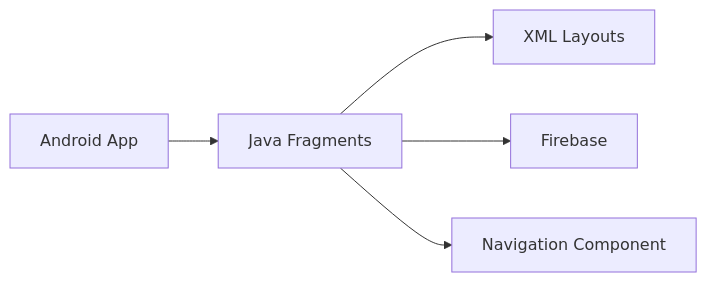
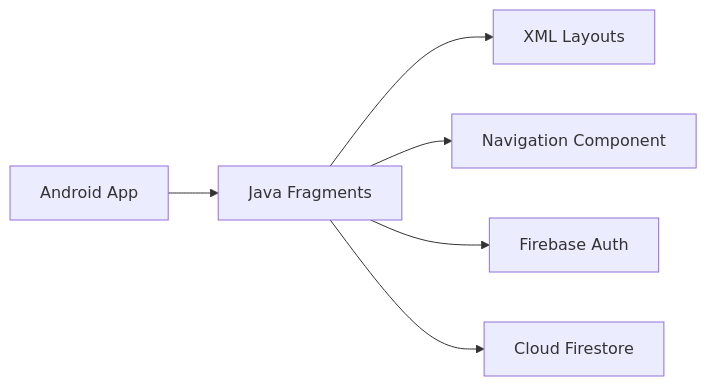
The second of 2 diagrams in README.md (Solly2201/HBI), drawn with Mermaid before and after one commit. The commit also changed other lines of this file, not shown here.

````diff
--- a/README.md
+++ b/README.md
@@ -80,7 +92,8 @@
 ```mermaid
 flowchart LR
     A[Android App] --> B[Java Fragments]
     B --> C[XML Layouts]
-    B --> D[Firebase]
-    B --> E[Navigation Component]
+    B --> D[Navigation Component]
+    B --> E[Firebase Auth]
+    B --> F[Cloud Firestore]
 ```
````
